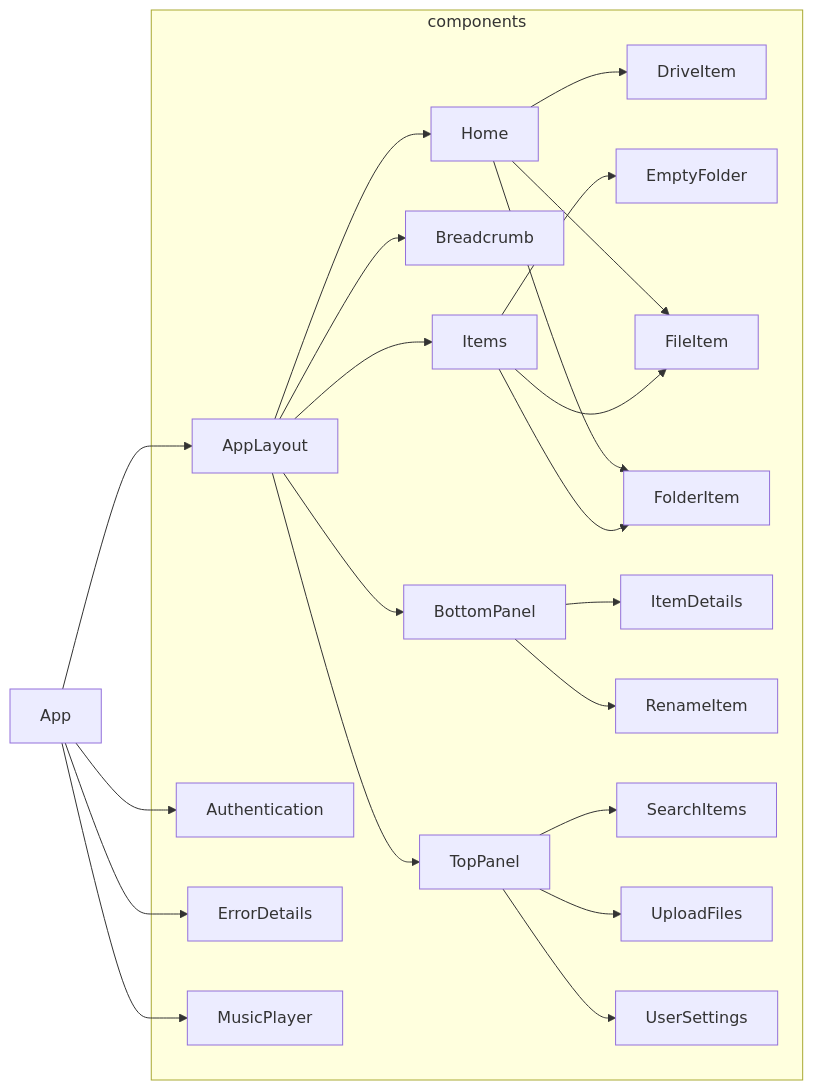
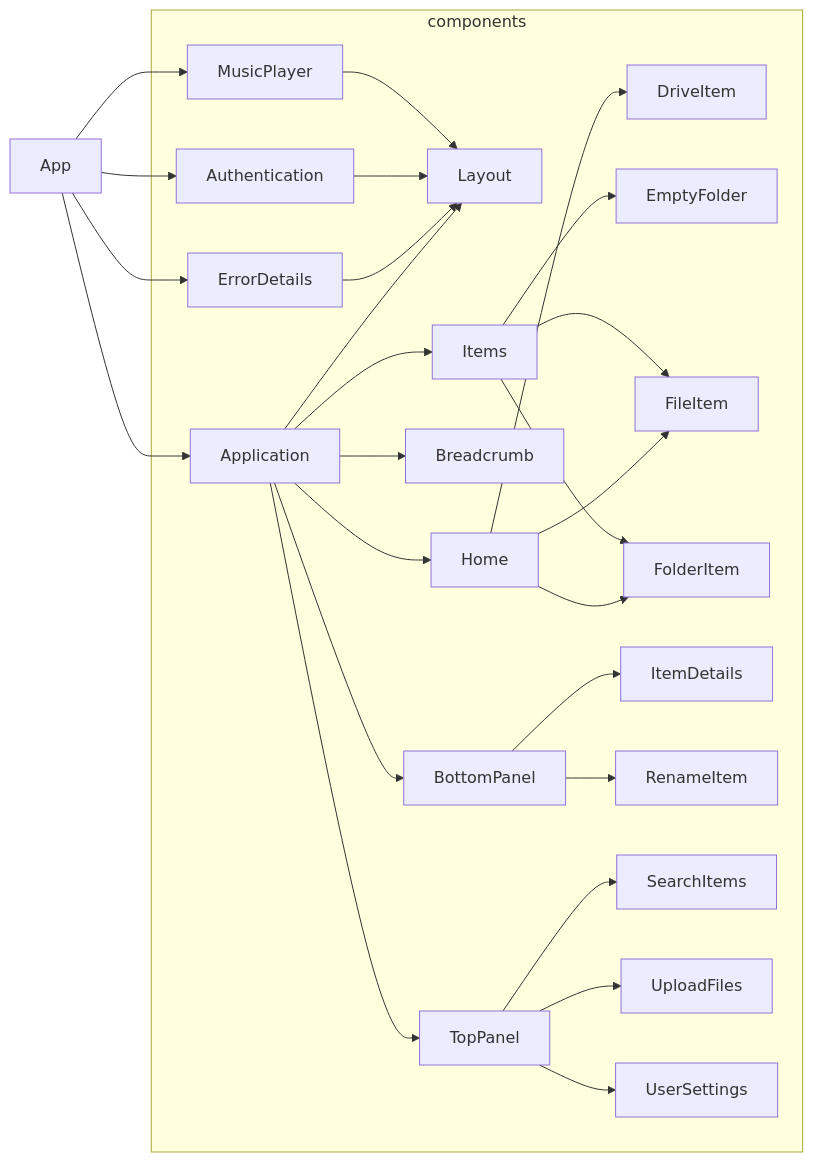
One commit to akshay-nile/file-server-http changed the second of 2 diagrams in README.md. Above: the diagram before and after it, drawn with Mermaid.

Commit message:
updated mermaid diagram in readme

````diff
--- a/README.md
+++ b/README.md
@@ -76,51 +76,59 @@
 ```mermaid
 graph LR
     App
 
     subgraph components
-        AppLayout
+        Layout
+        Application
         Authentication
         BottomPanel
         Breadcrumb
         DriveItem
         EmptyFolder
         ErrorDetails
         FileItem
         FolderItem
         Home
         ItemDetails
         Items
         MusicPlayer
         RenameItem
         SearchItems
         TopPanel
         UploadFiles
         UserSettings
     end
 
-    App --> AppLayout
+    App --> Application
     App --> Authentication
     App --> MusicPlayer
     App --> ErrorDetails
 
-    AppLayout --> TopPanel
-    AppLayout --> Home
-    AppLayout --> Items
-    AppLayout --> BottomPanel
-    AppLayout --> Breadcrumb
+    Application --> Layout
+    Application --> TopPanel
+    Application --> Home
+    Application --> Items
+    Application --> BottomPanel
+    Application --> Breadcrumb
+
+    ErrorDetails --> Layout
+
+    Authentication --> Layout
+    
+    MusicPlayer --> Layout
 
     Home --> DriveItem
     Home --> FileItem
     Home --> FolderItem
 
     Items --> EmptyFolder
     Items --> FileItem
     Items --> FolderItem
 
     TopPanel --> UploadFiles
     TopPanel --> SearchItems
     TopPanel --> UserSettings
 
     BottomPanel --> ItemDetails
     BottomPanel --> RenameItem
 ```
````
